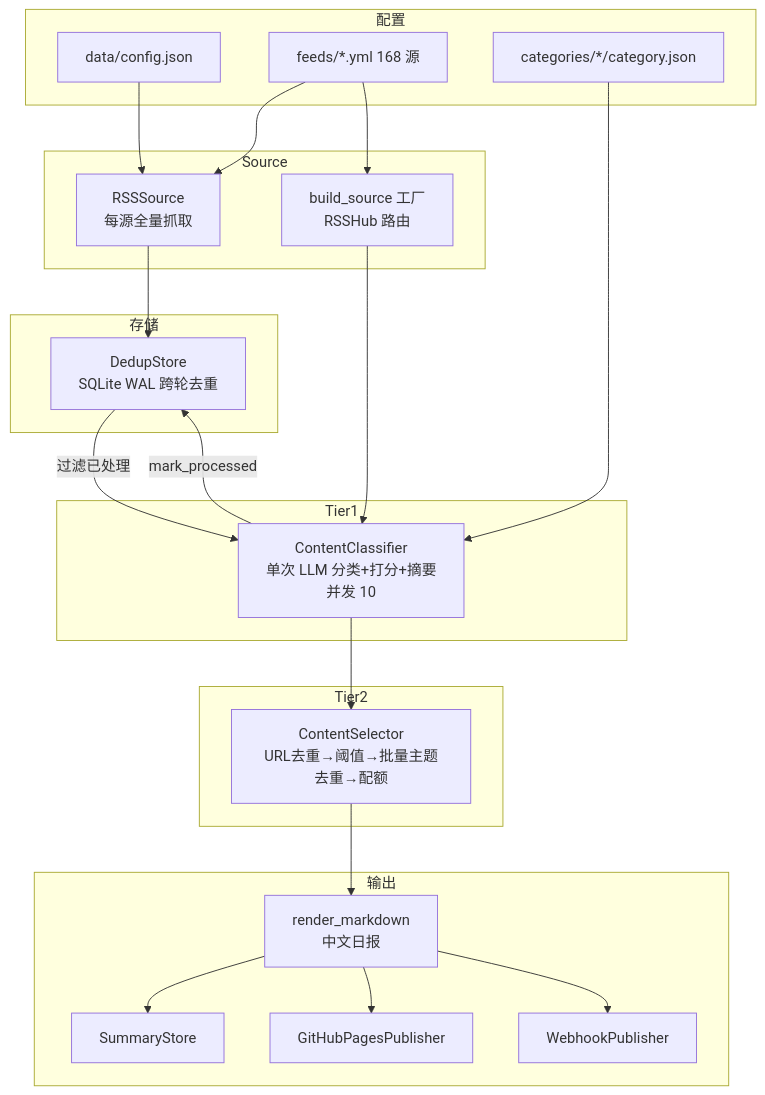
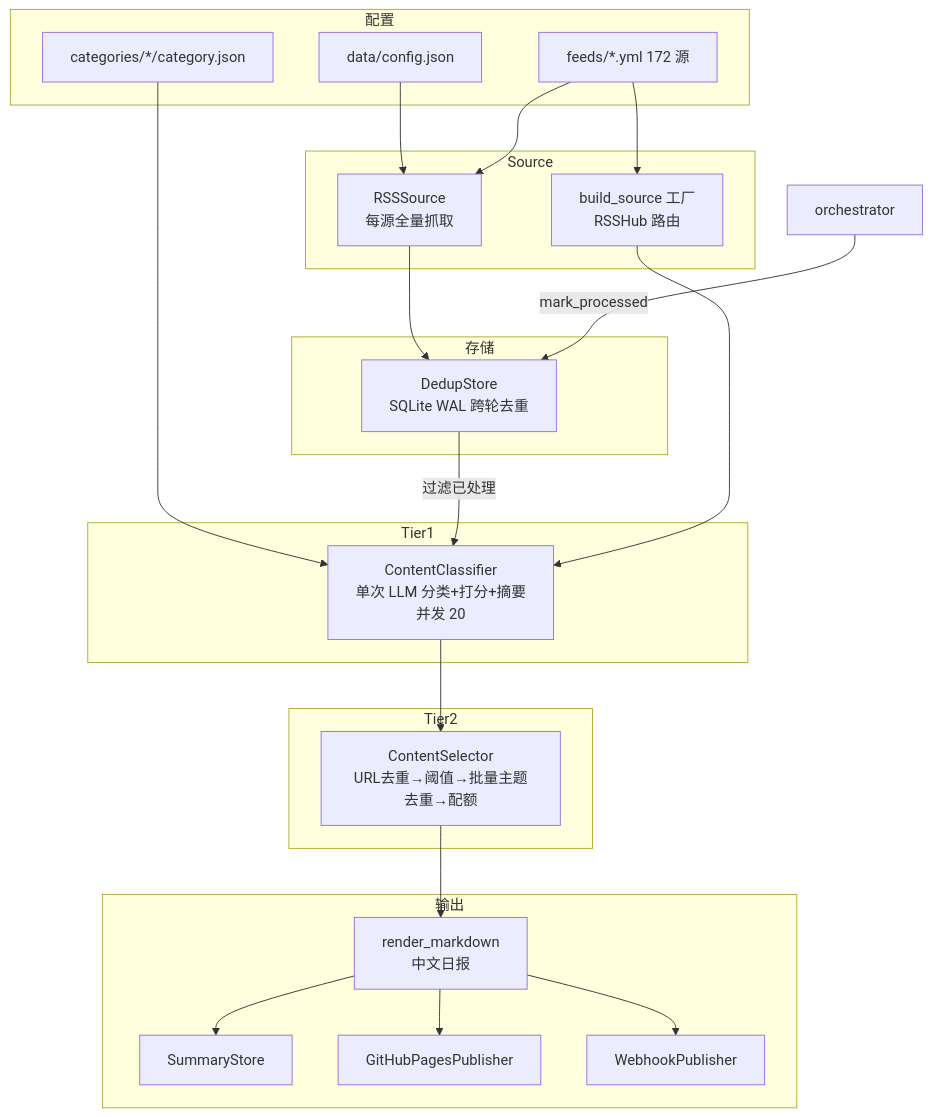
One commit to int2t05/rss-reader changed the first of 2 diagrams in docs/TECH.md. Above: the diagram before and after it, drawn with Mermaid. The commit also changed other lines of this file and 37 other files, not shown here.

````diff
--- a/docs/TECH.md
+++ b/docs/TECH.md
@@ -13,47 +13,47 @@
 ```mermaid
 flowchart TB
     subgraph 配置
         CFG[data/config.json]
-        FEEDS[feeds/*.yml 168 源]
+        FEEDS[feeds/*.yml 172 源]
         CATS[categories/*/category.json]
     end
 
     subgraph Source
         RSS[RSSSource<br/>每源全量抓取]
         RSSHUB[build_source 工厂<br/>RSSHub 路由]
     end
 
     subgraph Tier1
-        CLS[ContentClassifier<br/>单次 LLM 分类+打分+摘要<br/>并发 10]
+        CLS[ContentClassifier<br/>单次 LLM 分类+打分+摘要<br/>并发 20]
     end
 
     subgraph Tier2
         SEL[ContentSelector<br/>URL去重→阈值→批量主题去重→配额]
     end
 
     subgraph 输出
         RND[render_markdown<br/>中文日报]
         SUM[SummaryStore]
         PAGES[GitHubPagesPublisher]
         HOOK[WebhookPublisher]
     end
 
     subgraph 存储
         DEDUP[DedupStore<br/>SQLite WAL 跨轮去重]
     end
 
     CFG --> RSS
     FEEDS --> RSS
     FEEDS --> RSSHUB
     CATS --> CLS
 
     RSS --> DEDUP
     DEDUP -->|过滤已处理| CLS
     RSSHUB --> CLS
     CLS --> SEL
     SEL --> RND
     RND --> SUM
     RND --> PAGES
     RND --> HOOK
-    CLS -->|mark_processed| DEDUP
+    ORCH[orchestrator] -->|mark_processed| DEDUP
 ```
````
